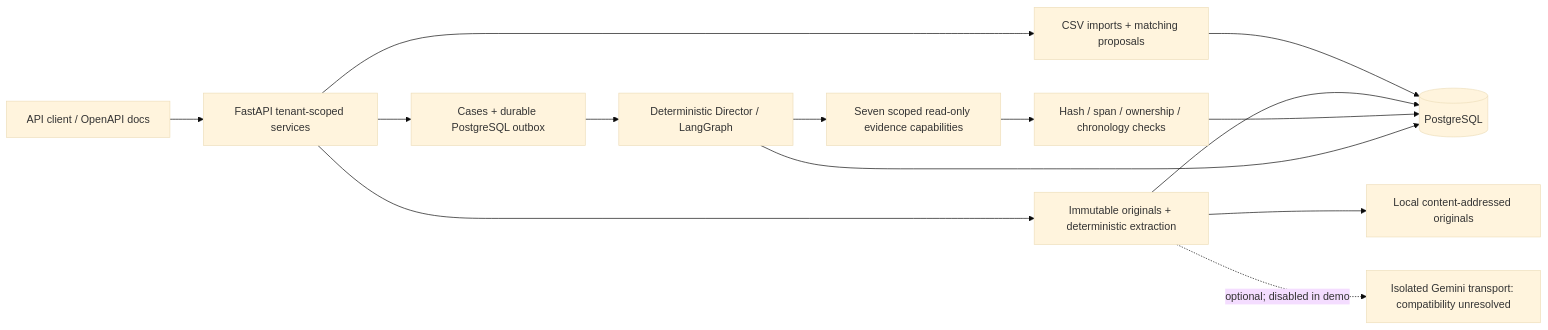
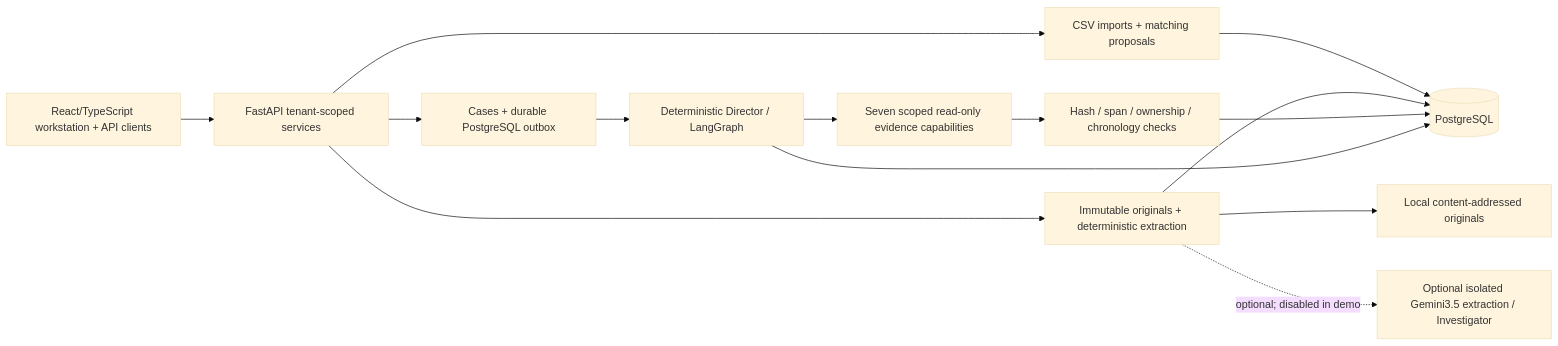
The diagram in README.md (Arnavvats287/clearledger), drawn with Mermaid (base theme) before and after one commit. The commit also changed other lines of this file and 47 other files, not shown here.

````diff
--- a/README.md
+++ b/README.md
@@ -78,16 +117,16 @@
 ```mermaid
 flowchart LR
-    Client["API client / OpenAPI docs"] --> API["FastAPI tenant-scoped services"]
+    Client["React/TypeScript workstation + API clients"] --> API["FastAPI tenant-scoped services"]
     API --> Financial["CSV imports + matching proposals"]
     API --> Documents["Immutable originals + deterministic extraction"]
     API --> Cases["Cases + durable PostgreSQL outbox"]
     Cases --> Graph["Deterministic Director / LangGraph"]
     Graph --> Tools["Seven scoped read-only evidence capabilities"]
     Tools --> Verify["Hash / span / ownership / chronology checks"]
     Financial --> PG[(PostgreSQL)]
     Documents --> PG
     Documents --> Store["Local content-addressed originals"]
     Verify --> PG
     Graph --> PG
-    Documents -. "optional; disabled in demo" .-> Gemini["Isolated Gemini transport: compatibility unresolved"]
+    Documents -. "optional; disabled in demo" .-> Gemini["Optional isolated Gemini3.5 extraction / Investigator"]
 ```
````
